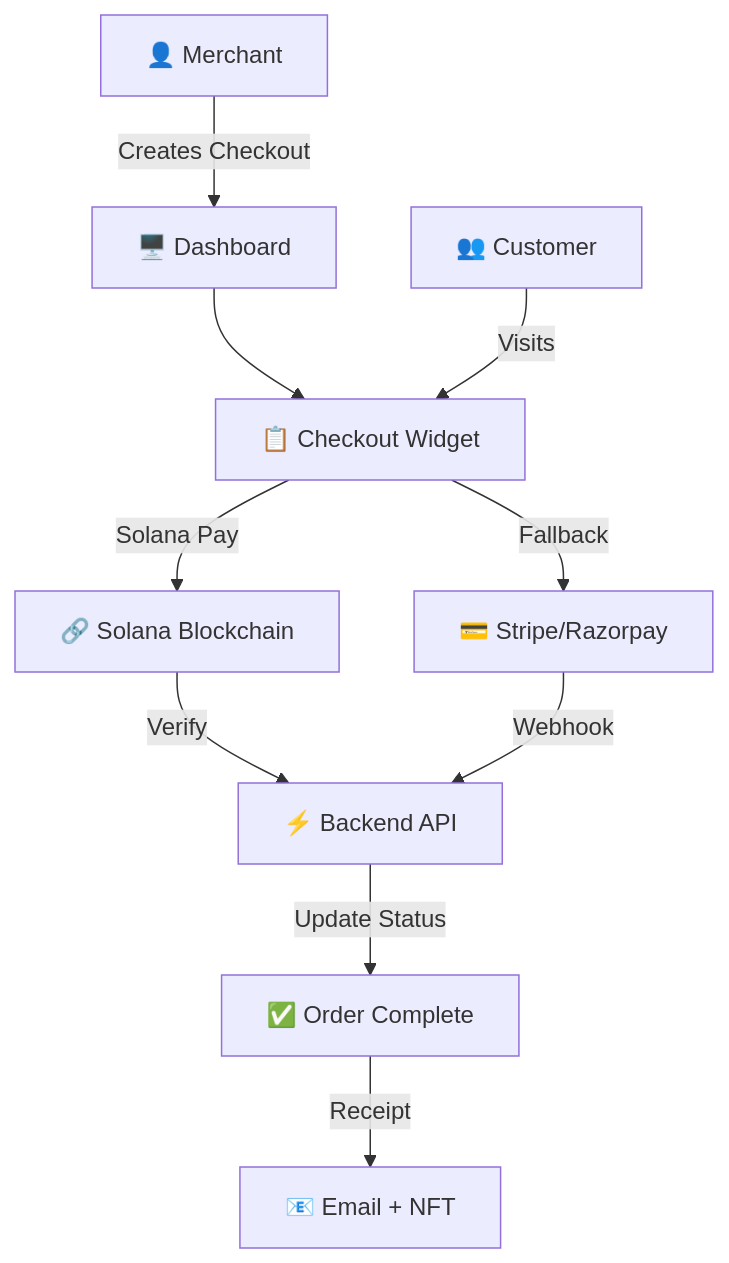
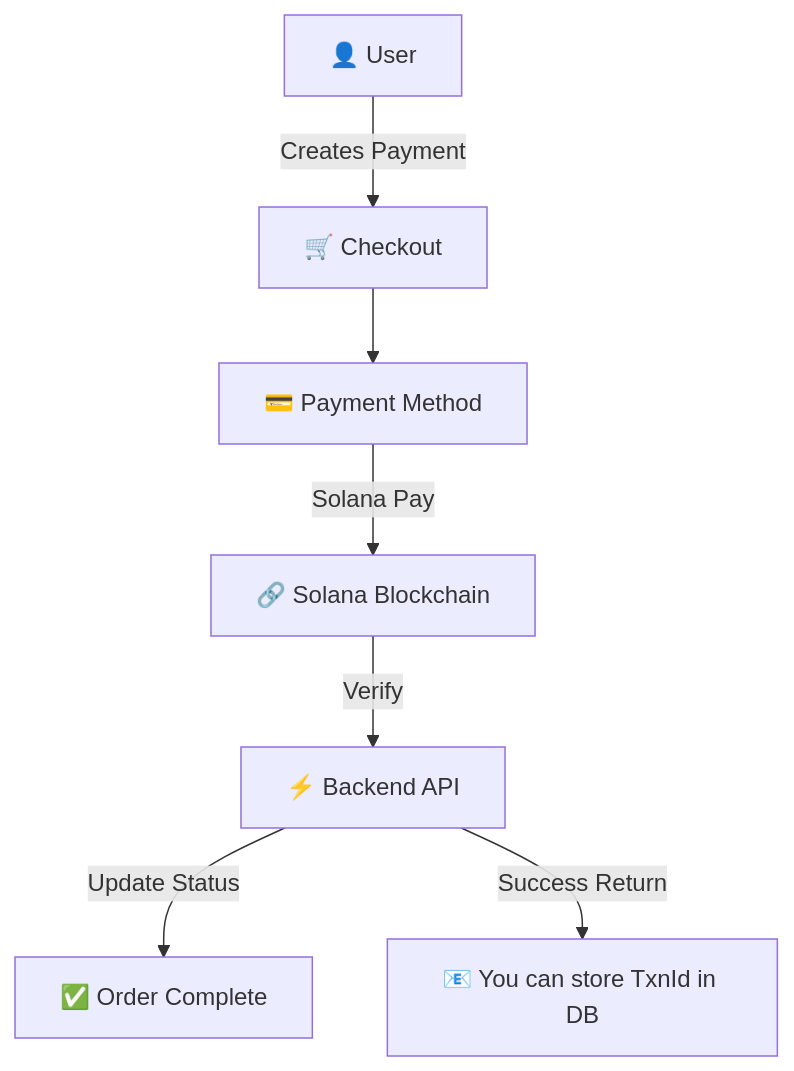
Before and after one commit to gamandeepsingh/solana-pay-widget: the diagram in README.md, drawn with Mermaid. The commit also changed other lines of this file and 16 other files, not shown here.

First line of the commit message:
feat: Implement a new checkout widget with a customizable modal and QR code payment functionality

````diff
--- a/README.md
+++ b/README.md
@@ -98,12 +101,9 @@
 ```mermaid
 graph TB
-    A[👤 Merchant] -->|Creates Checkout| B[🖥️ Dashboard]
-    B --> C[📋 Checkout Widget]
-    D[👥 Customer] -->|Visits| C
-    C -->|Solana Pay| E[🔗 Solana Blockchain]
-    C -->|Fallback| F[💳 Stripe/Razorpay]
-    E -->|Verify| G[⚡ Backend API]
-    F -->|Webhook| G
-    G -->|Update Status| H[✅ Order Complete]
-    H -->|Receipt| I[📧 Email + NFT]
+    A[👤 User] -->|Creates Payment| B[🛒 Checkout]
+    B --> C[💳 Payment Method]
+    C -->|Solana Pay| D[🔗 Solana Blockchain]
+    D -->|Verify| F[⚡ Backend API]
+    F -->|Update Status| G[✅ Order Complete]
+    F -->|Success Return| H[📧 You can store TxnId in DB]
 ```
````
